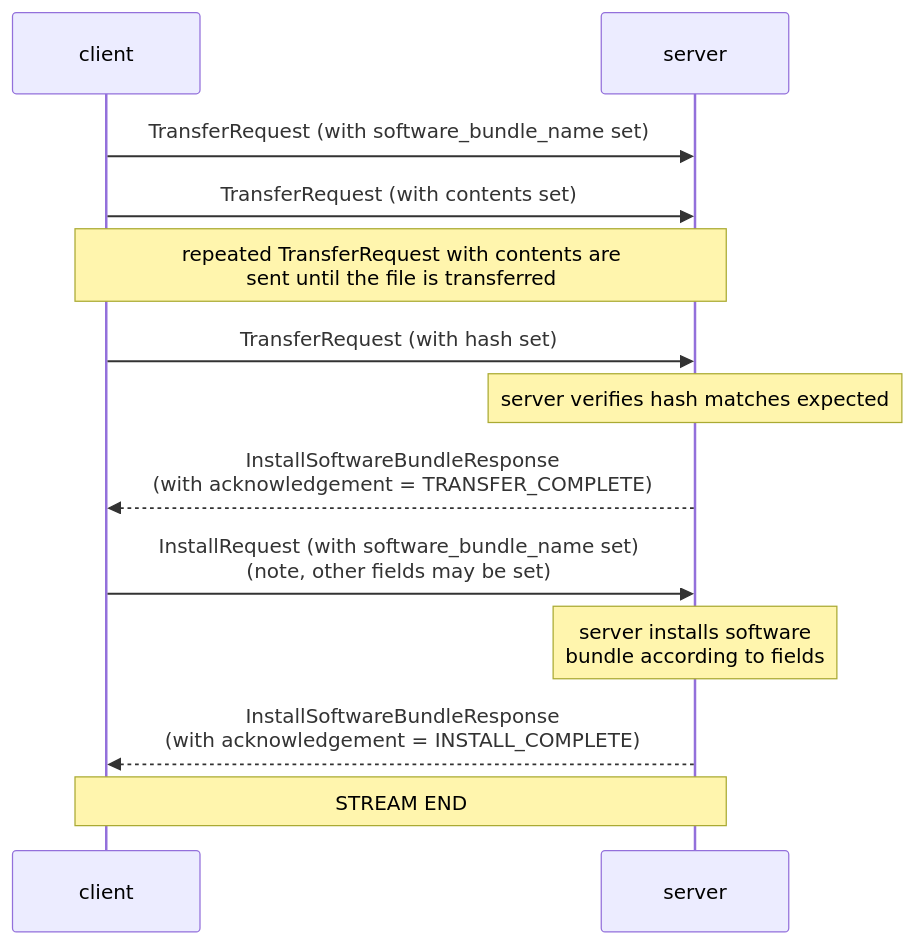
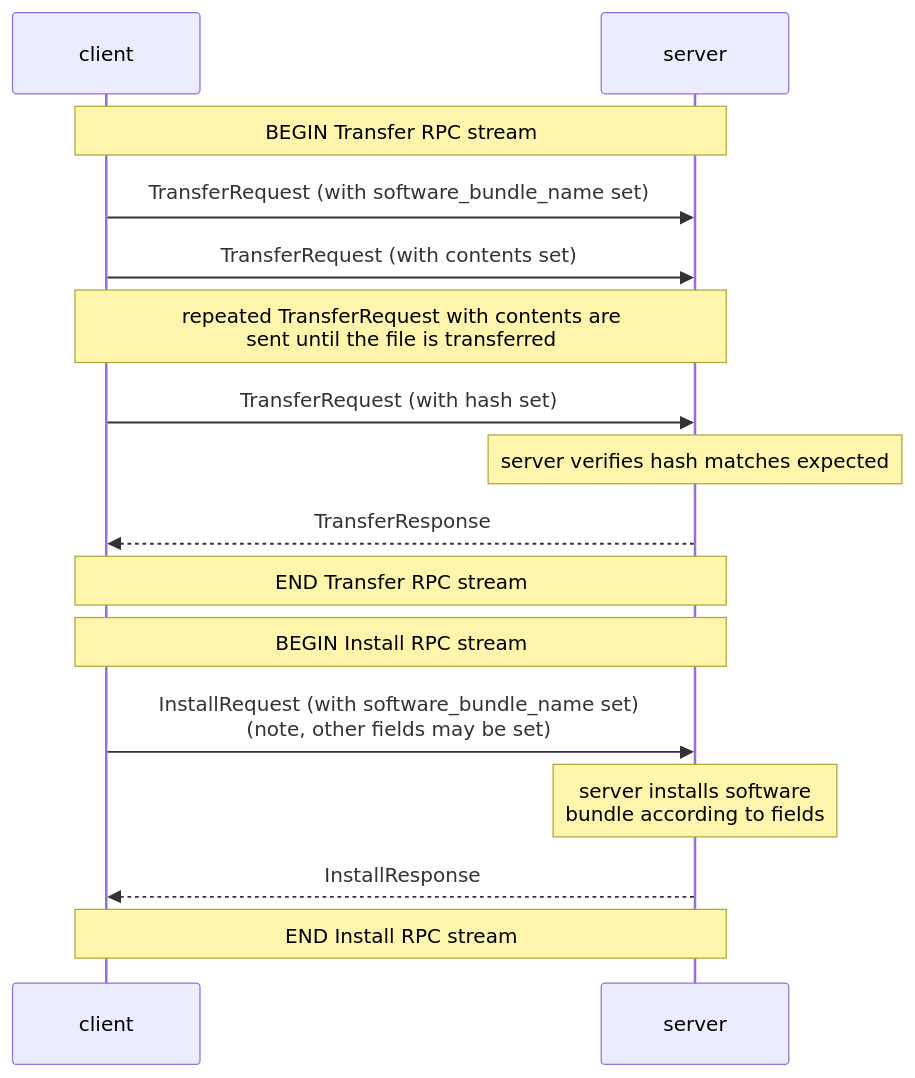
One commit to openconfig/gnoi changed the second of 3 diagrams in software_bundle/README.md. Above: the diagram before and after it, drawn with Mermaid. The commit also changed other lines of this file and 3 other files, not shown here.

````diff
--- a/software_bundle/README.md
+++ b/software_bundle/README.md
@@ -87,15 +88,18 @@
 ```mermaid
 sequenceDiagram
     participant client
     participant server
+    Note over client,server: BEGIN Transfer RPC stream
     client->>server: TransferRequest (with software_bundle_name set)
     client->>server: TransferRequest (with contents set)
     Note over client,server: repeated TransferRequest with contents are<br/>sent until the file is transferred
     client->>server: TransferRequest (with hash set)
     Note over server: server verifies hash matches expected
-    server-->>client: InstallSoftwareBundleResponse<br/>(with acknowledgement = TRANSFER_COMPLETE)
+    server-->>client: TransferResponse
+    Note over client,server: END Transfer RPC stream
+    Note over client,server: BEGIN Install RPC stream
     client->>server: InstallRequest (with software_bundle_name set)<br/>(note, other fields may be set)
     Note over server: server installs software<br/>bundle according to fields
-    server-->>client: InstallSoftwareBundleResponse<br/>(with acknowledgement = INSTALL_COMPLETE)
-    Note over client,server: STREAM END
+    server-->>client: InstallResponse
+    Note over client,server: END Install RPC stream
 ```
````
